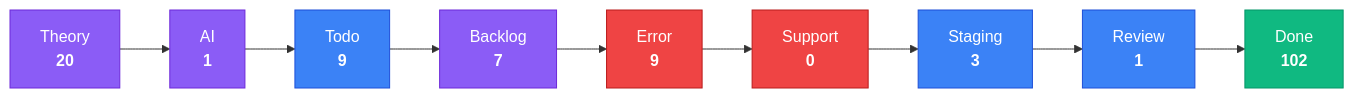
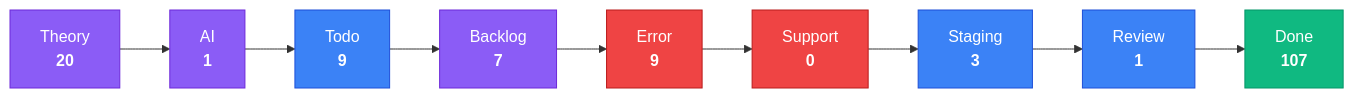
One commit to KBVE/kbve changed the third of 4 diagrams in apps/kbve/astro-kbve/src/content/docs/dashboard/kanban-data.mdx. Above: the diagram before and after it, drawn with Mermaid. The commit also changed other lines of this file and 8 other files, not shown here.

````diff
--- a/apps/kbve/astro-kbve/src/content/docs/dashboard/kanban-data.mdx
+++ b/apps/kbve/astro-kbve/src/content/docs/dashboard/kanban-data.mdx
@@ -80,28 +80,28 @@
 ```mermaid
 flowchart LR
     classDef planning fill:#8b5cf6,stroke:#6d28d9,color:#fff
     classDef active fill:#3b82f6,stroke:#1d4ed8,color:#fff
     classDef blocked fill:#ef4444,stroke:#b91c1c,color:#fff
     classDef done fill:#10b981,stroke:#059669,color:#fff
     Theory["Theory<br/><strong>20</strong>"]
     Theory --> AI
     AI["AI<br/><strong>1</strong>"]
     AI --> Todo
     Todo["Todo<br/><strong>9</strong>"]
     Todo --> Backlog
     Backlog["Backlog<br/><strong>7</strong>"]
     Backlog --> Error
     Error["Error<br/><strong>9</strong>"]
     Error --> Support
     Support["Support<br/><strong>0</strong>"]
     Support --> Staging
     Staging["Staging<br/><strong>3</strong>"]
     Staging --> Review
     Review["Review<br/><strong>1</strong>"]
     Review --> Done
-    Done["Done<br/><strong>102</strong>"]
+    Done["Done<br/><strong>107</strong>"]
     class Theory,AI,Backlog planning
     class Todo,Staging,Review active
     class Error,Support blocked
     class Done done
 ```
````
